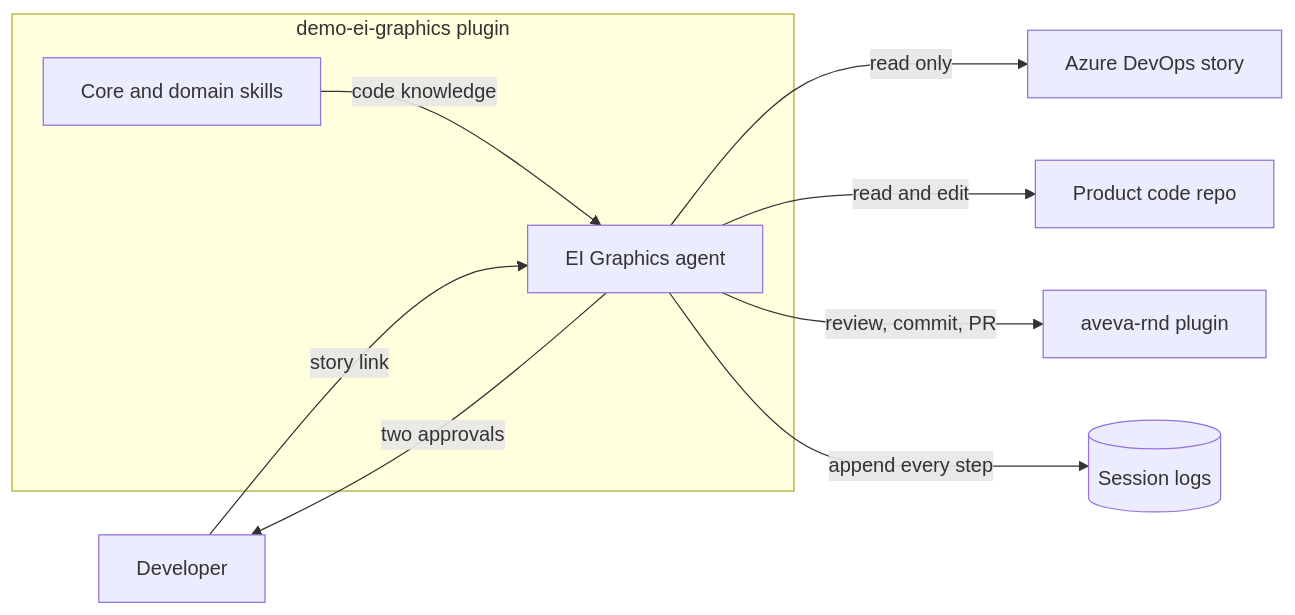
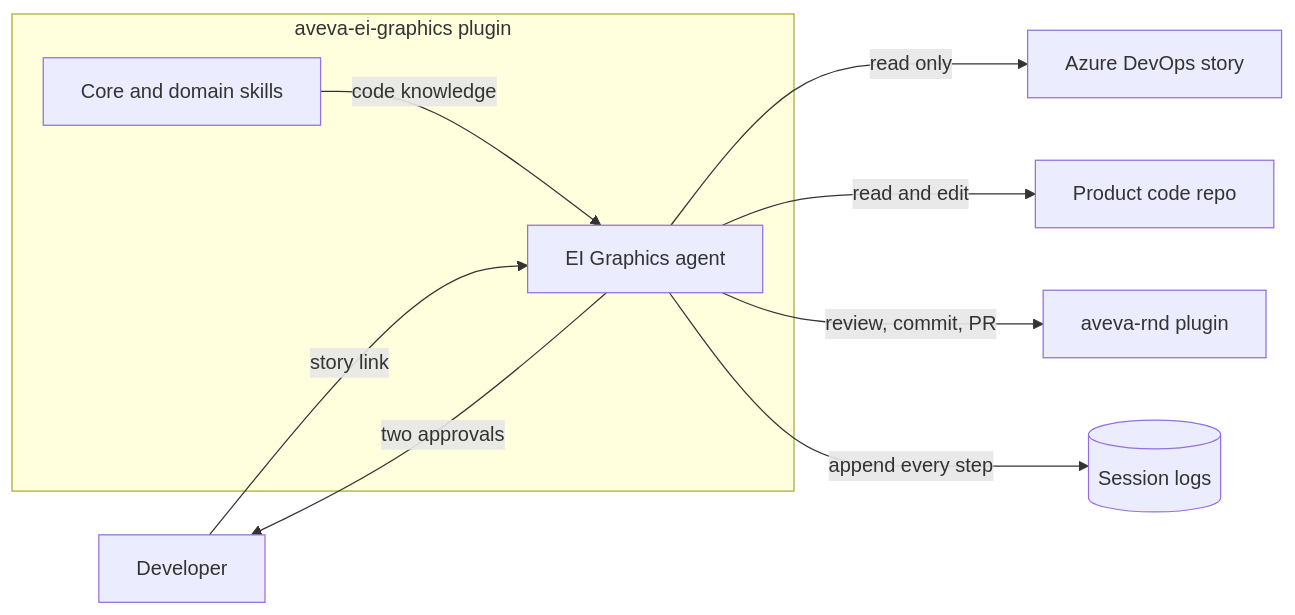
One commit to sidbhardwaj-aveva/ei-graphics-plugin changed the diagram in docs/presentation/01-system-context.mmd. Above: the diagram before and after it, drawn with Mermaid. The commit also changed 97 other files, not shown here.

```diff
--- a/docs/presentation/01-system-context.mmd
+++ b/docs/presentation/01-system-context.mmd
@@ -1,20 +1,20 @@
 flowchart LR
     Dev["Developer"]
 
-    subgraph Plugin["demo-ei-graphics plugin"]
+    subgraph Plugin["aveva-ei-graphics plugin"]
         Agent["EI Graphics agent"]
         Skills["Core and domain skills"]
     end
 
     ADO["Azure DevOps story"]
     Repo["Product code repo"]
     Rnd["aveva-rnd plugin"]
     Logs[("Session logs")]
 
     Dev -->|"story link"| Agent
     Agent -->|"two approvals"| Dev
     Agent -->|"read only"| ADO
     Agent -->|"read and edit"| Repo
     Agent -->|"review, commit, PR"| Rnd
     Agent -->|"append every step"| Logs
     Skills -->|"code knowledge"| Agent
```
